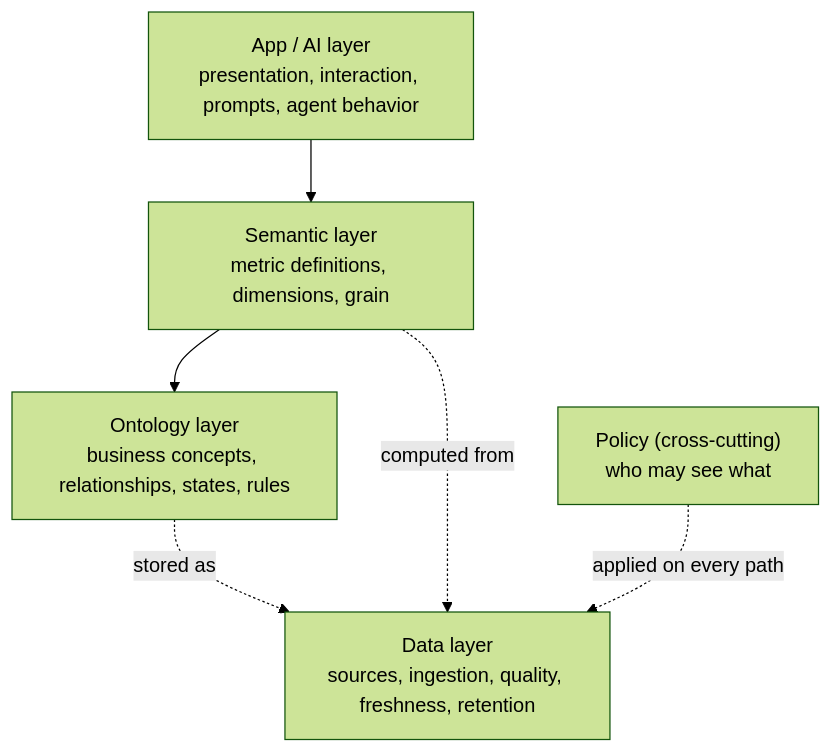
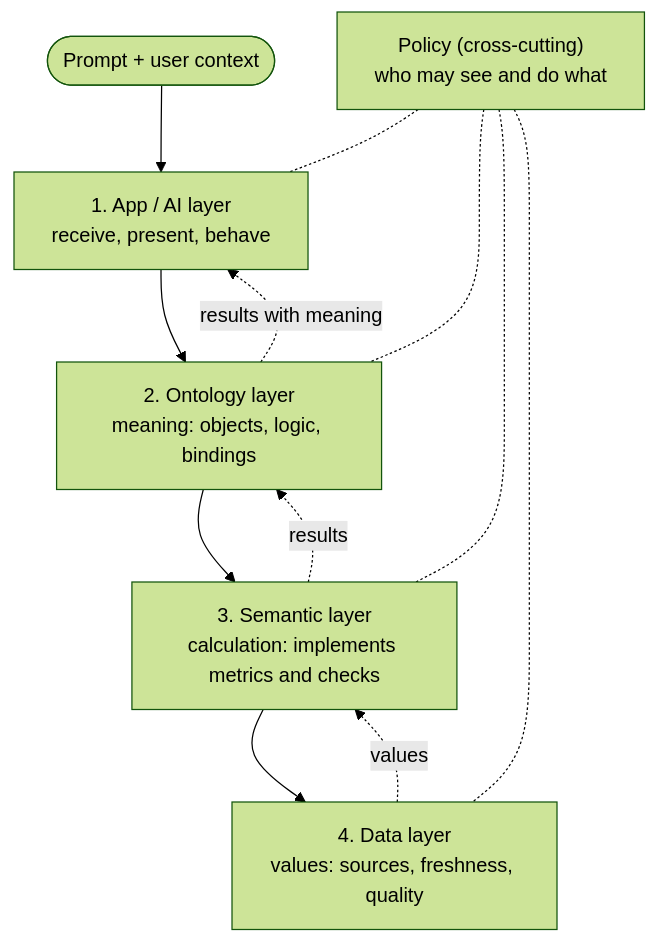
Before and after one commit to keito118/ai-ready-requirements: the diagram in framework/en/01_layers.md, drawn with Mermaid (forest theme). The commit also changed other lines of this file and 16 other files, not shown here.

````diff
--- a/framework/en/01_layers.md
+++ b/framework/en/01_layers.md
@@ -7,11 +7,15 @@
 ```mermaid
 flowchart TB
-  APP["App / AI layer<br/>presentation, interaction, prompts, agent behavior"]
-  SEM["Semantic layer<br/>metric definitions, dimensions, grain"]
-  ONT["Ontology layer<br/>business concepts, relationships, states, rules"]
-  DAT["Data layer<br/>sources, ingestion, quality, freshness, retention"]
-  APP --> SEM --> ONT
-  ONT -. stored as .-> DAT
-  SEM -. computed from .-> DAT
-  POL["Policy (cross-cutting)<br/>who may see what"] -. applied on every path .-> DAT
+  U([Prompt + user context]) --> APP
+  APP["1. App / AI layer<br/>receive, present, behave"]
+  ONT["2. Ontology layer<br/>meaning: objects, logic, bindings"]
+  SEM["3. Semantic layer<br/>calculation: implements metrics and checks"]
+  DAT["4. Data layer<br/>values: sources, freshness, quality"]
+  APP --> ONT --> SEM --> DAT
+  DAT -. values .-> SEM -. results .-> ONT -. results with meaning .-> APP
+  POL["Policy (cross-cutting)<br/>who may see and do what"]
+  POL -.- APP
+  POL -.- ONT
+  POL -.- SEM
+  POL -.- DAT
 ```
````
